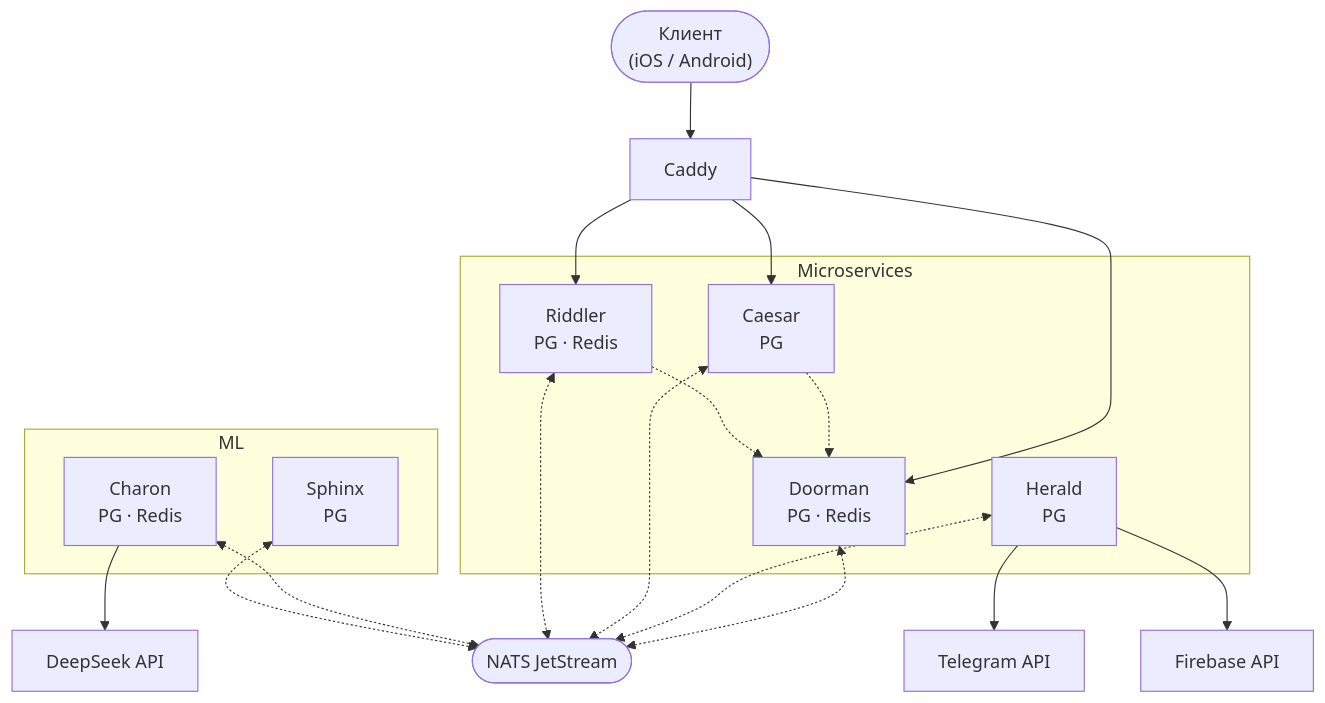
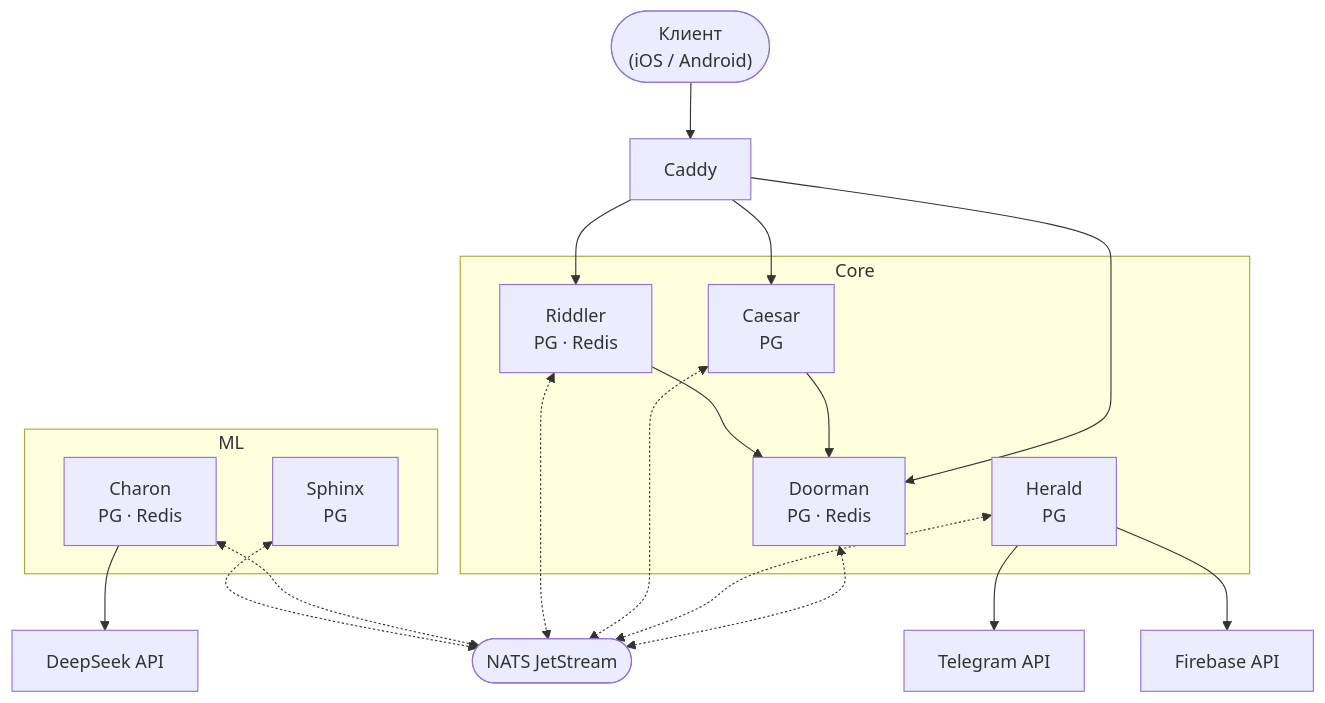
The diagram in README.md (OlympGuideTeam/edium-backend), drawn with Mermaid before and after one commit. The commit also changed other lines of this file, not shown here.

````diff
--- a/README.md
+++ b/README.md
@@ -7,35 +7,35 @@
 ```mermaid
 flowchart TD
     Client(["Клиент\n(iOS / Android)"])
     NATS(["NATS JetStream"])
     TG["Telegram API"]
     DS["DeepSeek API"]
     Firebase["Firebase API"]
 
     Caddy["Caddy"]
 
-    subgraph services ["Microservices"]
+    subgraph services ["Core"]
         Caesar["Caesar\nPG"]
         Riddler["Riddler\nPG · Redis"]
         Doorman["Doorman\nPG · Redis"]
         Herald["Herald\nPG"]
     end
 
     subgraph ml ["ML"]
         Sphinx["Sphinx\nPG"]
         Charon["Charon\nPG · Redis"]
     end
 
     
 
     Client --> Caddy
     Caddy --> Doorman & Caesar & Riddler
 
-    Caesar & Riddler -.-> Doorman
+    Caesar & Riddler --> Doorman
 
     Doorman & Herald & Caesar & Riddler & Charon & Sphinx <-.-> NATS
 
     Herald --> TG
     Charon --> DS
     Herald --> Firebase
 ```
````
